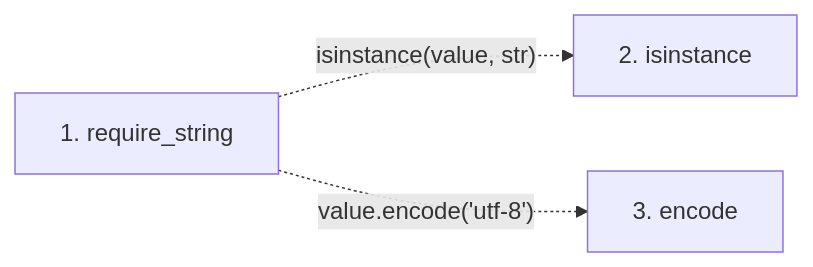
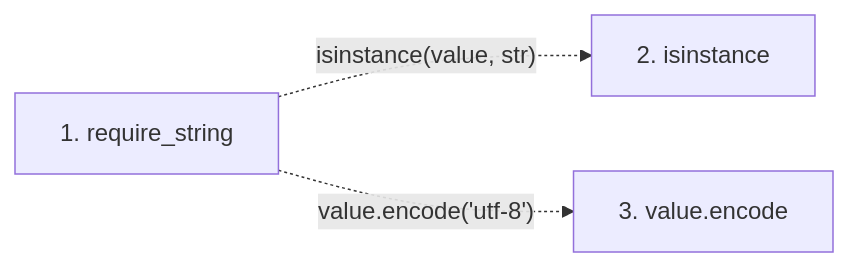
Before and after one commit to Denissvgn/python-wiki-llm: the second of 2 diagrams in docs/llm_wiki/flows/api-require_string.md, drawn with Mermaid. The commit also changed other lines of this file and 719 other files, not shown here.

````diff
--- a/docs/llm_wiki/flows/api-require_string.md
+++ b/docs/llm_wiki/flows/api-require_string.md
@@ -22,9 +22,9 @@
 ```mermaid
 flowchart LR
     s1["1. require_string"]
     s2["2. isinstance"]
-    s3["3. encode"]
+    s3["3. value.encode"]
     s1 -. "isinstance(value, str)" .-> s2
     s1 -. "value.encode('utf-8')" .-> s3
     click s1 "../modules/validation.md"
 ```
````
